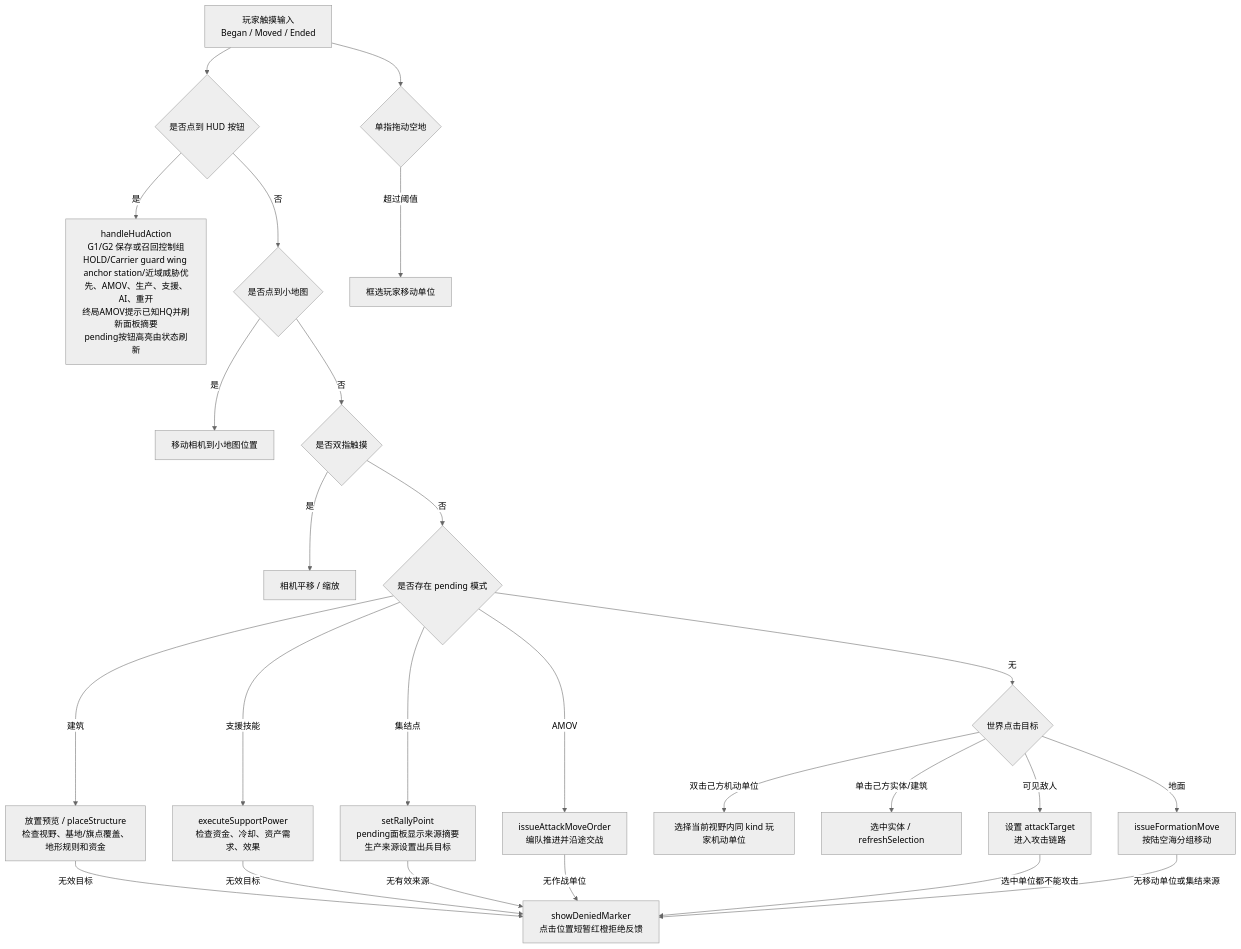
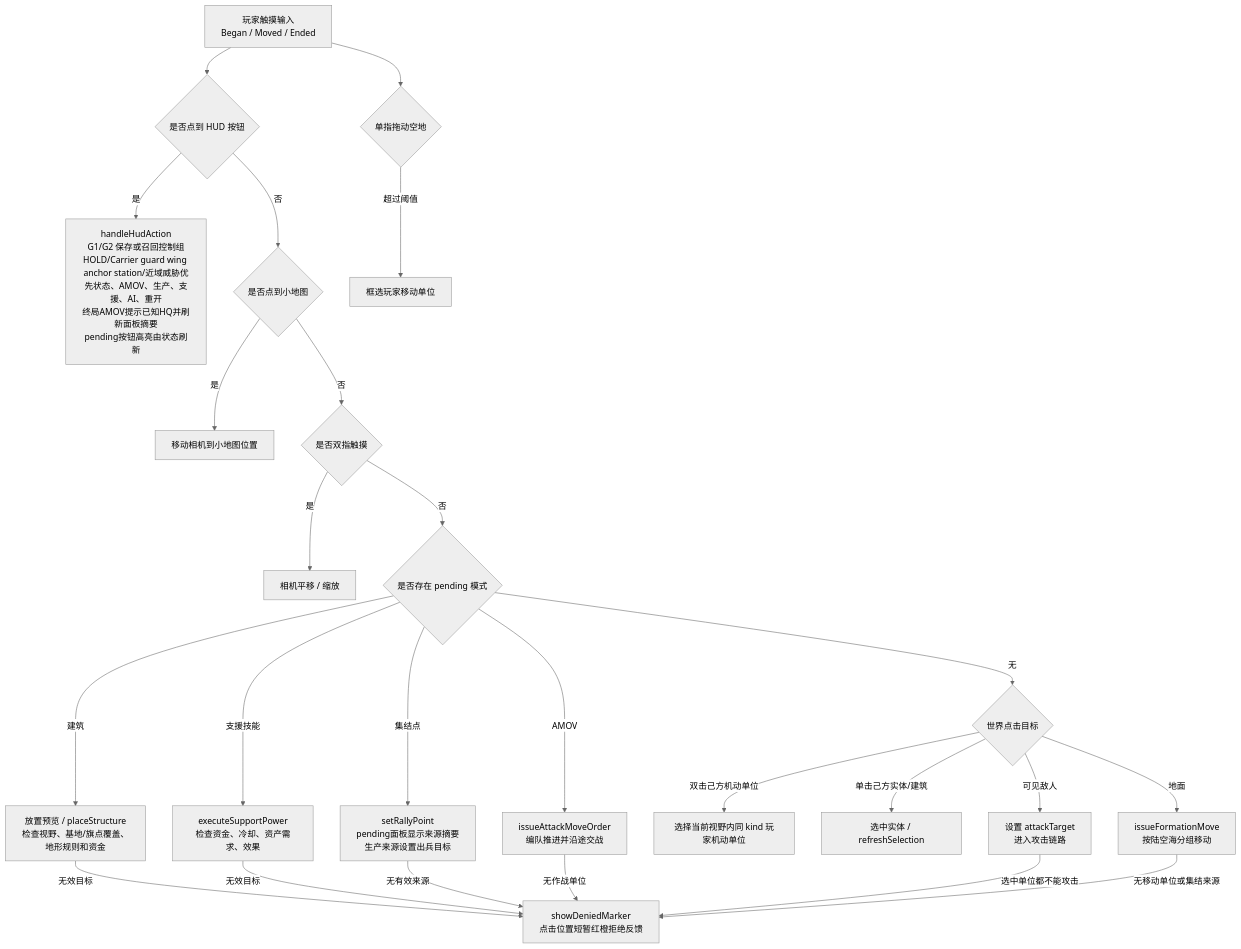
The second of 3 diagrams in md/flow/flowchart.md (Altman-sam114/1145), drawn with Mermaid (neutral theme) before and after one commit. The commit also changed other lines of this file and 4 other files, not shown here.

````diff
--- a/md/flow/flowchart.md
+++ b/md/flow/flowchart.md
@@ -37,27 +37,27 @@
 ```mermaid
 flowchart TD
   Touch["玩家触摸输入\nBegan / Moved / Ended"] --> HUDCheck{"是否点到 HUD 按钮"}
-  HUDCheck -- "是" --> HudAction["handleHudAction\nG1/G2 保存或召回控制组\nHOLD/Carrier guard wing anchor station/近域威胁优先、AMOV、生产、支援、AI、重开\n终局AMOV提示已知HQ并刷新面板摘要\npending按钮高亮由状态刷新"]
+  HUDCheck -- "是" --> HudAction["handleHudAction\nG1/G2 保存或召回控制组\nHOLD/Carrier guard wing anchor station/近域威胁优先状态、AMOV、生产、支援、AI、重开\n终局AMOV提示已知HQ并刷新面板摘要\npending按钮高亮由状态刷新"]
   HUDCheck -- "否" --> MiniMap{"是否点到小地图"}
   MiniMap -- "是" --> Camera["移动相机到小地图位置"]
   MiniMap -- "否" --> MultiTouch{"是否双指触摸"}
   MultiTouch -- "是" --> PanZoom["相机平移 / 缩放"]
   MultiTouch -- "否" --> Pending{"是否存在 pending 模式"}
   Pending -- "建筑" --> Place["放置预览 / placeStructure\n检查视野、基地/旗点覆盖、地形规则和资金"]
   Pending -- "支援技能" --> Support["executeSupportPower\n检查资金、冷却、资产需求、效果"]
   Pending -- "集结点" --> Rally["setRallyPoint\npending面板显示来源摘要\n生产来源设置出兵目标"]
   Pending -- "AMOV" --> AttackMove["issueAttackMoveOrder\n编队推进并沿途交战"]
   Place -- "无效目标" --> Denied["showDeniedMarker\n点击位置短暂红橙拒绝反馈"]
   Support -- "无效目标" --> Denied
   Rally -- "无有效来源" --> Denied
   AttackMove -- "无作战单位" --> Denied
   Pending -- "无" --> WorldTap{"世界点击目标"}
   WorldTap -- "双击己方机动单位" --> TypeSelect["选择当前视野内同 kind 玩家机动单位"]
   WorldTap -- "单击己方实体/建筑" --> Select["选中实体 / refreshSelection"]
   WorldTap -- "可见敌人" --> Attack["设置 attackTarget\n进入攻击链路"]
   WorldTap -- "地面" --> Move["issueFormationMove\n按陆空海分组移动"]
   Attack -- "选中单位都不能攻击" --> Denied
   Move -- "无移动单位或集结来源" --> Denied
   Touch --> Drag{"单指拖动空地"}
   Drag -- "超过阈值" --> Box["框选玩家移动单位"]
 ```
````
